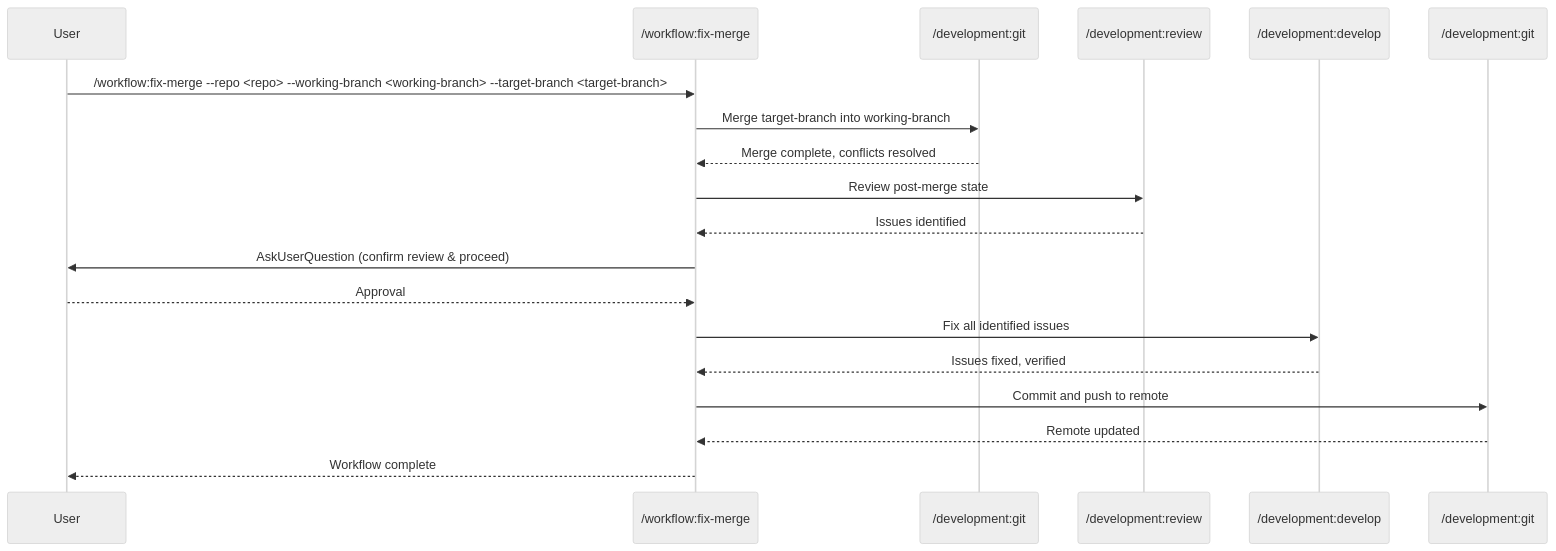
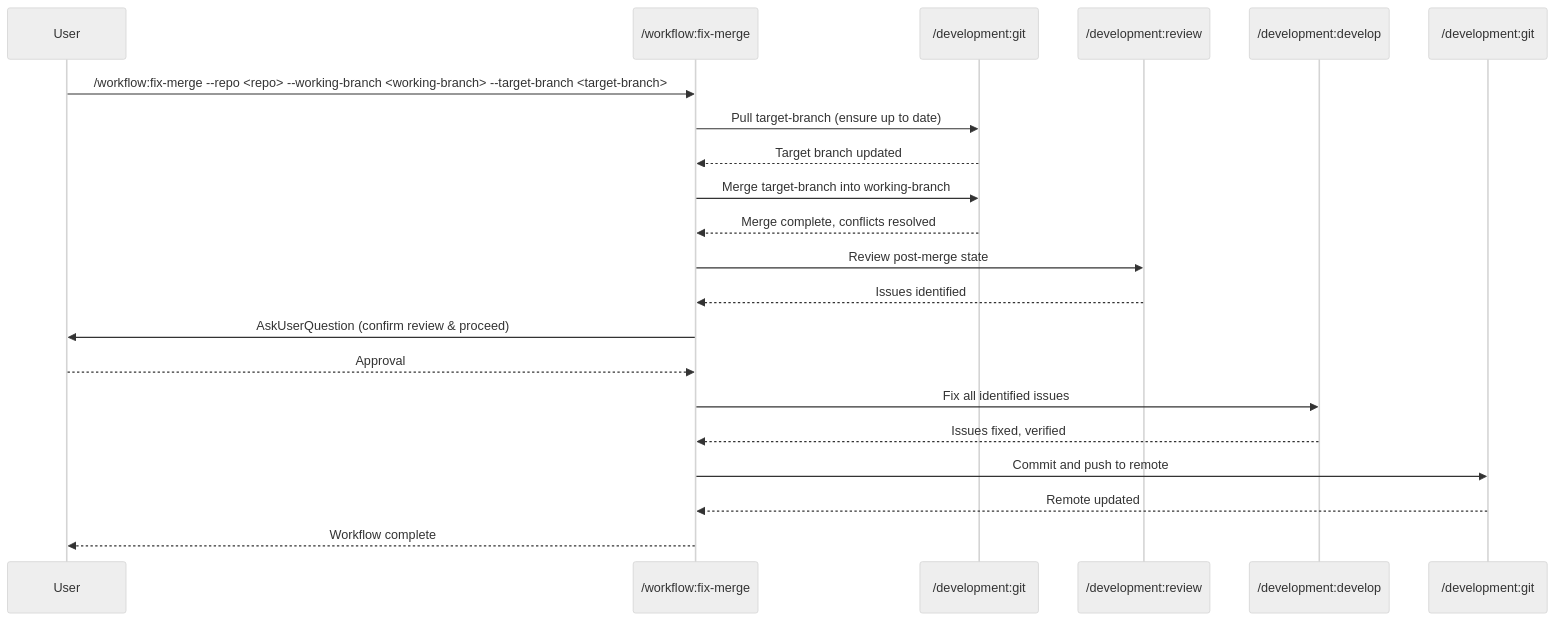
Before and after one commit to zzaia/zzaia-agentic-workspace: the diagram in .claude/commands/workflow/fix-merge.md, drawn with Mermaid (neutral theme). The commit also changed other lines of this file, not shown here.

````diff
--- a/.claude/commands/workflow/fix-merge.md
+++ b/.claude/commands/workflow/fix-merge.md
@@ -65,22 +66,24 @@
 ```mermaid
 sequenceDiagram
     participant U as User
     participant W as /workflow:fix-merge
     participant C1 as /development:git
     participant C2 as /development:review
     participant C3 as /development:develop
     participant C4 as /development:git
 
     U->>W: /workflow:fix-merge --repo <repo> --working-branch <working-branch> --target-branch <target-branch>
+    W->>C1: Pull target-branch (ensure up to date)
+    C1-->>W: Target branch updated
     W->>C1: Merge target-branch into working-branch
     C1-->>W: Merge complete, conflicts resolved
     W->>C2: Review post-merge state
     C2-->>W: Issues identified
     W->>U: AskUserQuestion (confirm review & proceed)
     U-->>W: Approval
     W->>C3: Fix all identified issues
     C3-->>W: Issues fixed, verified
     W->>C4: Commit and push to remote
     C4-->>W: Remote updated
     W-->>U: Workflow complete
 ```
````
